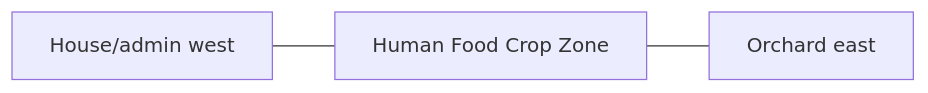
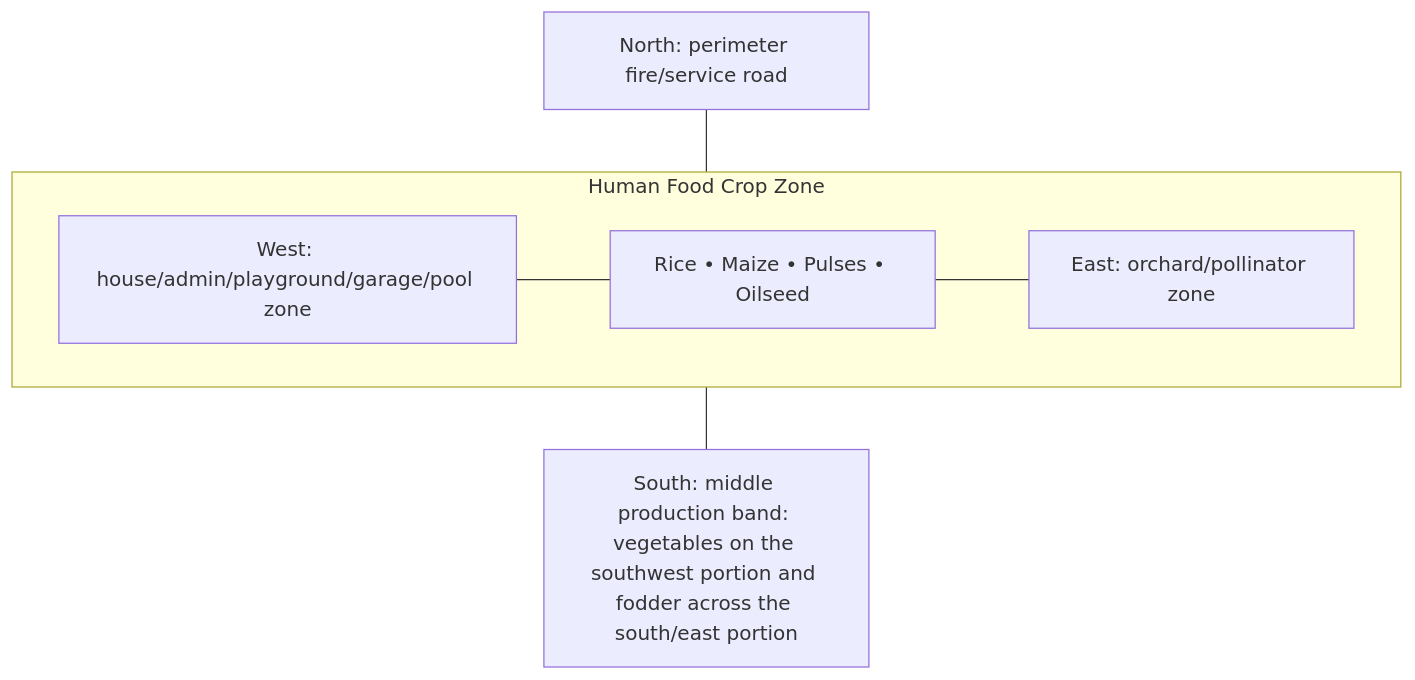
The diagram in spaces/05-human-food-crops/ARCHITECTURE.md (agro-firm/Self-Sufficient-Eco-Farm), drawn with Mermaid before and after one commit. The commit also changed other lines of this file and 31 other files, not shown here.

Commit message:
Add full per-space architecture and blueprint authorities

````diff
--- a/spaces/05-human-food-crops/ARCHITECTURE.md
+++ b/spaces/05-human-food-crops/ARCHITECTURE.md
@@ -36,7 +46,14 @@
 ```mermaid
-flowchart LR
-    A["House/admin west"]
-    S["Human Food Crop Zone"]
-    B["Orchard east"]
-    A --- S --- B
+flowchart TB
+    N["North: perimeter fire/service road"]
+    subgraph ROW["Human Food Crop Zone"]
+      direction LR
+      W["West: house/admin/playground/garage/pool zone"]
+      C["Rice • Maize • Pulses • Oilseed"]
+      E["East: orchard/pollinator zone"]
+      W --- C --- E
+    end
+    S["South: middle production band: vegetables on the southwest portion and fodder across the south/east portion"]
+    N --- C
+    C --- S
 ```
````
